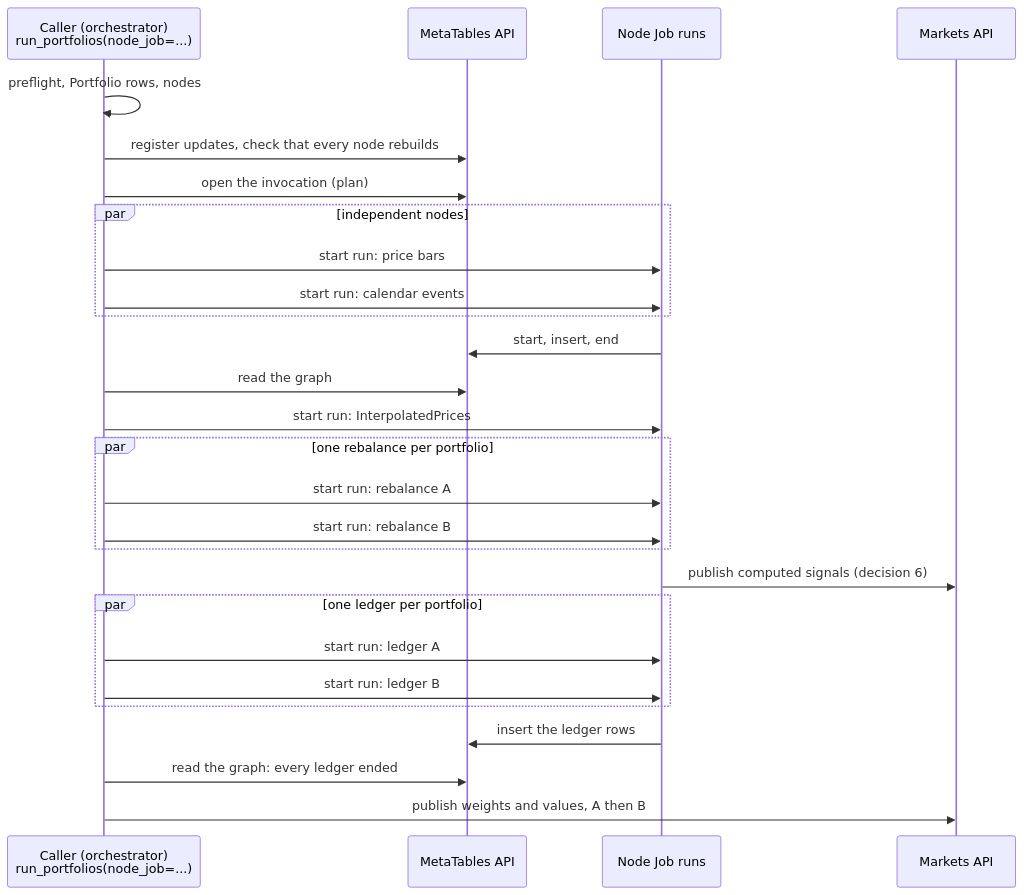
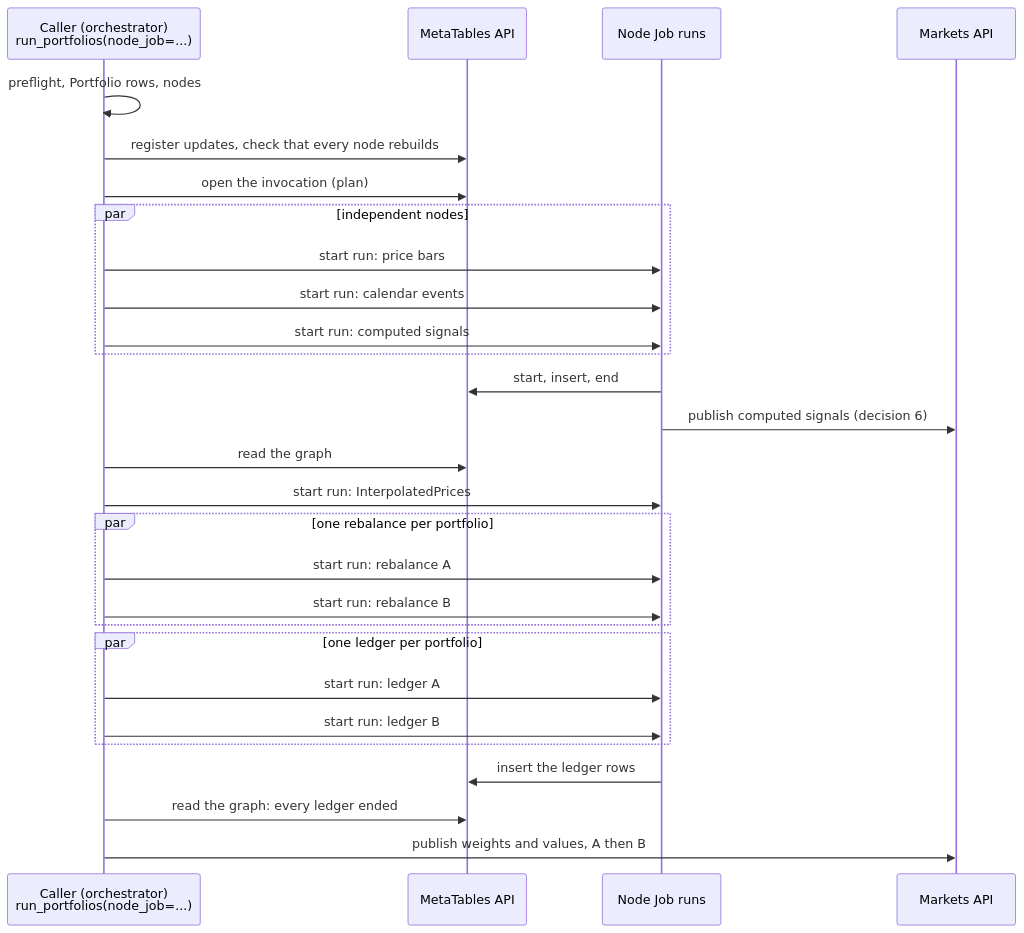
The fourth of 4 diagrams in docs/ADR/0067-portfolio-runs-in-parallel.md (mainsequence-projects/MainSequenceMarkets), drawn with Mermaid before and after one commit. The commit also changed other lines of this file and 46 other files, not shown here.

````diff
--- a/docs/ADR/0067-portfolio-runs-in-parallel.md
+++ b/docs/ADR/0067-portfolio-runs-in-parallel.md
@@ -248,29 +246,30 @@
 ```mermaid
 sequenceDiagram
     participant C as Caller (orchestrator)<br/>run_portfolios(node_job=...)
     participant API as MetaTables API
     participant J as Node Job runs
     participant M as Markets API
     C->>C: preflight, Portfolio rows, nodes
     C->>API: register updates, check that every node rebuilds
     C->>API: open the invocation (plan)
     par independent nodes
         C->>J: start run: price bars
         C->>J: start run: calendar events
+        C->>J: start run: computed signals
     end
     J->>API: start, insert, end
+    J->>M: publish computed signals (decision 6)
     C->>API: read the graph
     C->>J: start run: InterpolatedPrices
     par one rebalance per portfolio
         C->>J: start run: rebalance A
         C->>J: start run: rebalance B
     end
-    J->>M: publish computed signals (decision 6)
     par one ledger per portfolio
         C->>J: start run: ledger A
         C->>J: start run: ledger B
     end
     J->>API: insert the ledger rows
     C->>API: read the graph: every ledger ended
     C->>M: publish weights and values, A then B
 ```
````
